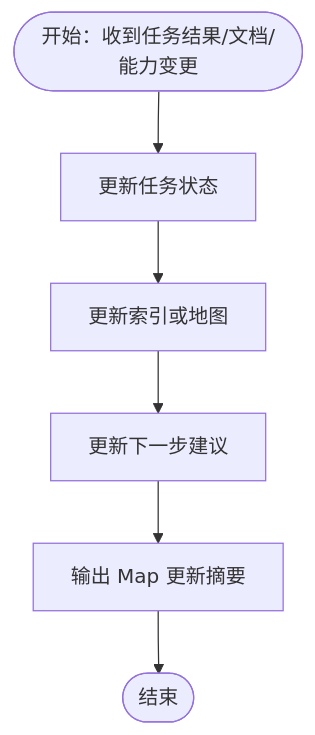
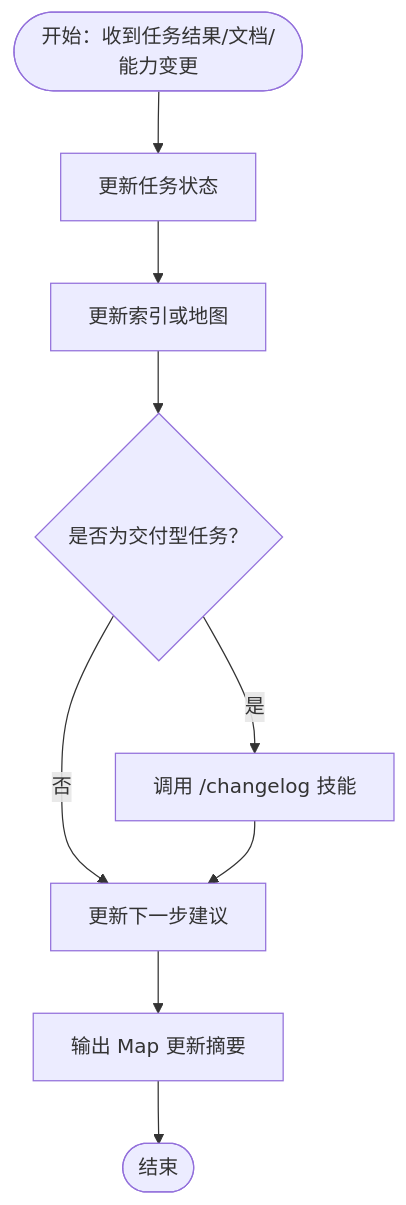
Before and after one commit to CryptoLinxu/Web3-AI-Agent: the third of 8 diagrams in .qoder/repowiki/zh/content/辅助技能详解/地图更新技能 (Update-Map).md, drawn with Mermaid. The commit also changed other lines of this file and 10 other files, not shown here.

````diff
--- a/.qoder/repowiki/zh/content/辅助技能详解/地图更新技能 (Update-Map).md
+++ b/.qoder/repowiki/zh/content/辅助技能详解/地图更新技能 (Update-Map).md
@@ -157,8 +166,11 @@
 ```mermaid
 flowchart TD
 Start(["开始：收到任务结果/文档/能力变更"]) --> UpdateStatus["更新任务状态"]
 UpdateStatus --> UpdateIndex["更新索引或地图"]
-UpdateIndex --> NextSuggestion["更新下一步建议"]
+UpdateIndex --> CheckTask{"是否为交付型任务？"}
+CheckTask --> |是| CallChangelog["调用 /changelog 技能"]
+CheckTask --> |否| NextSuggestion["更新下一步建议"]
+CallChangelog --> NextSuggestion["更新下一步建议"]
 NextSuggestion --> Output["输出 Map 更新摘要"]
 Output --> End(["结束"])
 ```
````
